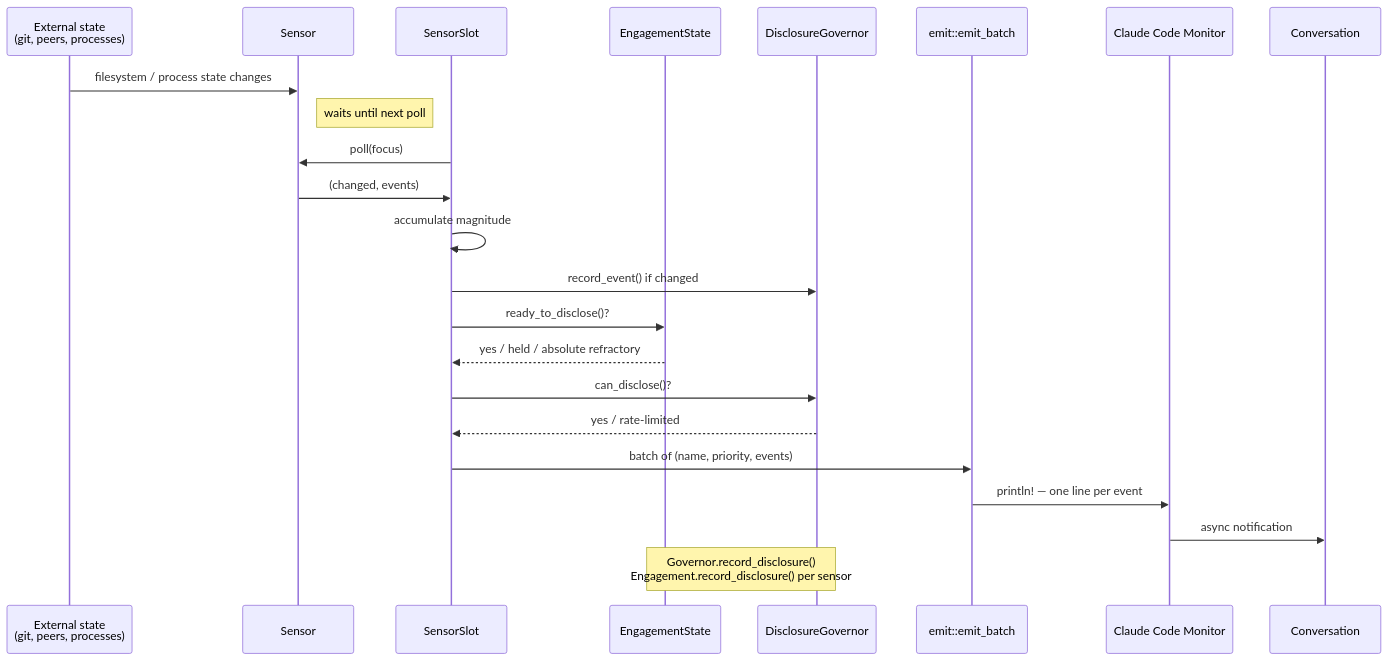
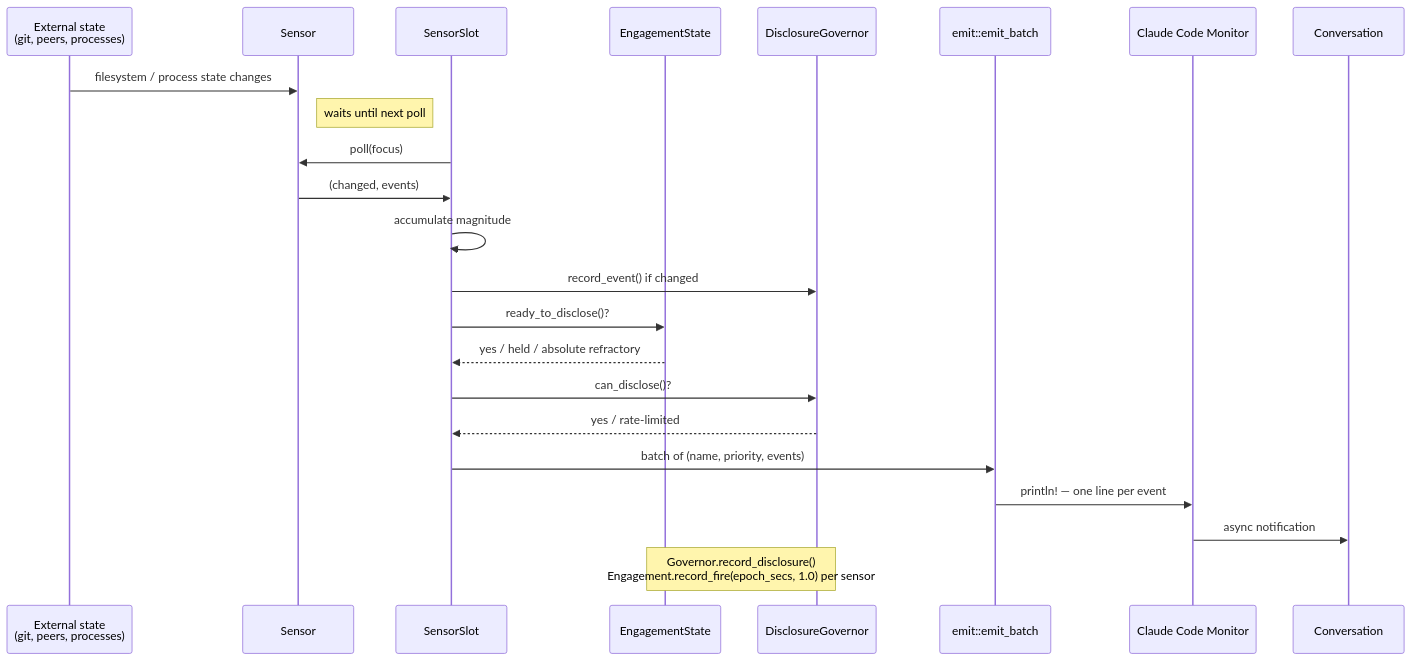
The third of 3 diagrams in docs/attend-and-monitor/loop.md (jonmuse9/agent-ways), drawn with Mermaid before and after one commit. The commit also changed other lines of this file and 3 other files, not shown here.

````diff
--- a/docs/attend-and-monitor/loop.md
+++ b/docs/attend-and-monitor/loop.md
@@ -152,30 +152,30 @@
 ```mermaid
 sequenceDiagram
     participant World as External state<br/>(git, peers, processes)
     participant Sensor
     participant Slot as SensorSlot
     participant Engagement as EngagementState
     participant Governor as DisclosureGovernor
     participant Emit as emit::emit_batch
     participant Monitor as Claude Code Monitor
     participant Agent as Conversation
 
     World->>Sensor: filesystem / process state changes
     Note right of Sensor: waits until next poll
 
     Slot->>Sensor: poll(focus)
     Sensor->>Slot: (changed, events)
     Slot->>Slot: accumulate magnitude
     Slot->>Governor: record_event() if changed
     Slot->>Engagement: ready_to_disclose()?
     Engagement-->>Slot: yes / held / absolute refractory
 
     Slot->>Governor: can_disclose()?
     Governor-->>Slot: yes / rate-limited
 
     Slot->>Emit: batch of (name, priority, events)
     Emit->>Monitor: println! — one line per event
     Monitor->>Agent: async notification
 
-    Note over Governor,Engagement: Governor.record_disclosure()<br/>Engagement.record_disclosure() per sensor
+    Note over Governor,Engagement: Governor.record_disclosure()<br/>Engagement.record_fire(epoch_secs, 1.0) per sensor
 ```
````
